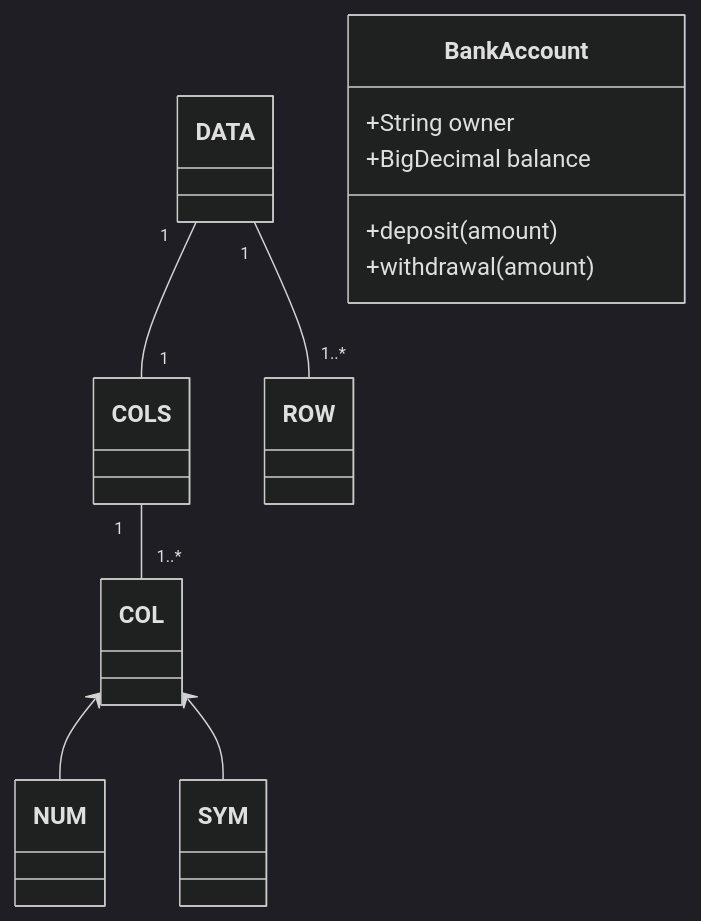
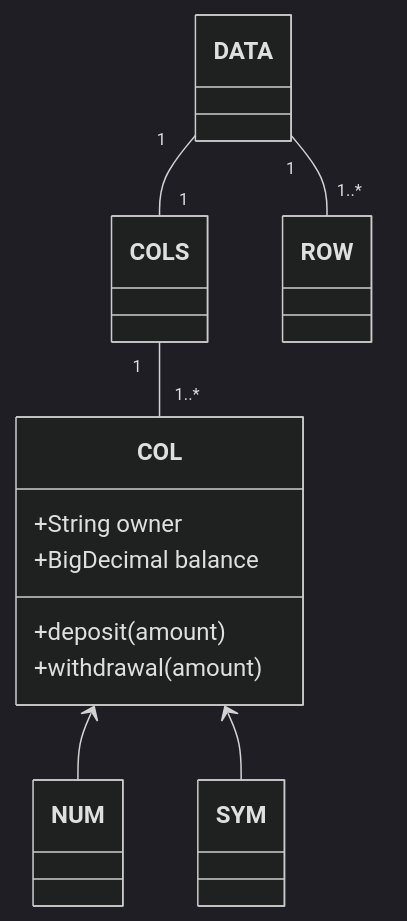
Before and after one commit to timm/tested: the diagram in docs/onScript.md, drawn with Mermaid (dark theme).

````diff
--- a/docs/onScript.md
+++ b/docs/onScript.md
@@ -158,14 +158,14 @@
 ```mermaid
 classDiagram
 COL <--  NUM
 COL <--  SYM
 COLS "1" -- "1..*" COL
 DATA "1" -- "1..*" ROW  
 DATA "1" -- "1" COLS 
-class BankAccount{
+class COL{
     +String owner
     +BigDecimal balance
     +deposit(amount)
     +withdrawal(amount)
 }
 ```
````
